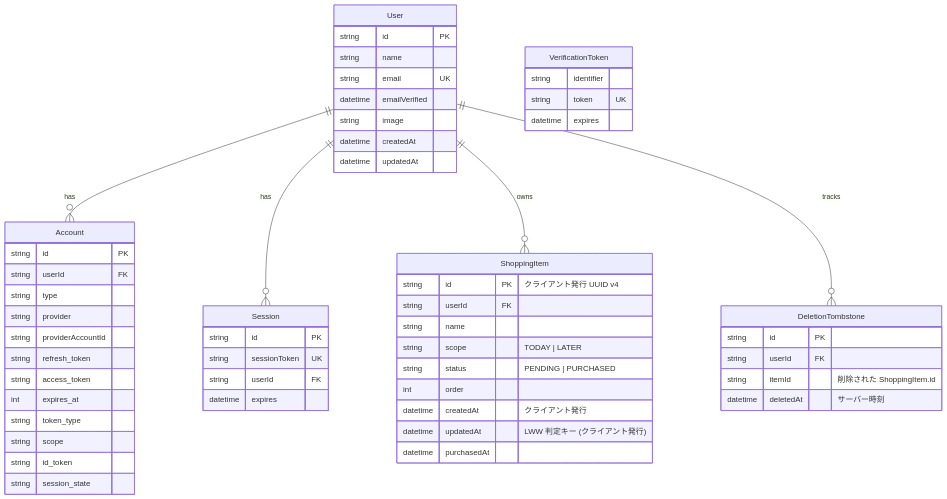
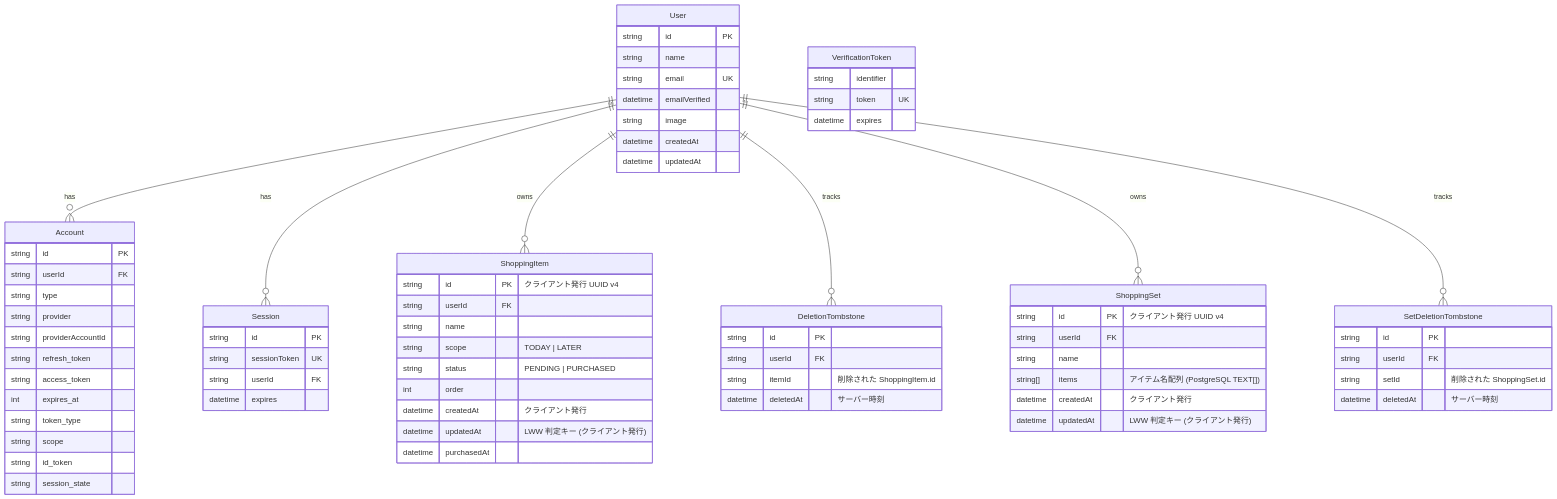
The diagram in docs/設計書/ER図.md (mizuta0711/shopping-list-app), drawn with Mermaid before and after one commit. The commit also changed other lines of this file and 21 other files, not shown here.

````diff
--- a/docs/設計書/ER図.md
+++ b/docs/設計書/ER図.md
@@ -5,64 +5,82 @@
 ```mermaid
 erDiagram
     User ||--o{ Account : "has"
     User ||--o{ Session : "has"
     User ||--o{ ShoppingItem : "owns"
     User ||--o{ DeletionTombstone : "tracks"
+    User ||--o{ ShoppingSet : "owns"
+    User ||--o{ SetDeletionTombstone : "tracks"
 
     User {
         string id PK
         string name
         string email UK
         datetime emailVerified
         string image
         datetime createdAt
         datetime updatedAt
     }
 
     Account {
         string id PK
         string userId FK
         string type
         string provider
         string providerAccountId
         string refresh_token
         string access_token
         int expires_at
         string token_type
         string scope
         string id_token
         string session_state
     }
 
     Session {
         string id PK
         string sessionToken UK
         string userId FK
         datetime expires
     }
 
     VerificationToken {
         string identifier
         string token UK
         datetime expires
     }
 
     ShoppingItem {
         string id PK "クライアント発行 UUID v4"
         string userId FK
         string name
         string scope "TODAY | LATER"
         string status "PENDING | PURCHASED"
         int order
         datetime createdAt "クライアント発行"
         datetime updatedAt "LWW 判定キー (クライアント発行)"
         datetime purchasedAt
     }
 
     DeletionTombstone {
         string id PK
         string userId FK
         string itemId "削除された ShoppingItem.id"
         datetime deletedAt "サーバー時刻"
     }
+
+    ShoppingSet {
+        string id PK "クライアント発行 UUID v4"
+        string userId FK
+        string name
+        string[] items "アイテム名配列 (PostgreSQL TEXT[])"
+        datetime createdAt "クライアント発行"
+        datetime updatedAt "LWW 判定キー (クライアント発行)"
+    }
+
+    SetDeletionTombstone {
+        string id PK
+        string userId FK
+        string setId "削除された ShoppingSet.id"
+        datetime deletedAt "サーバー時刻"
+    }
 ```
````
